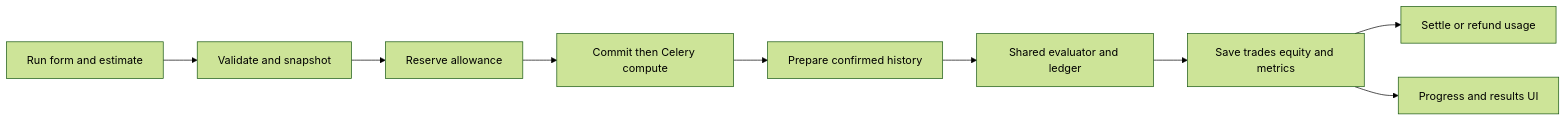
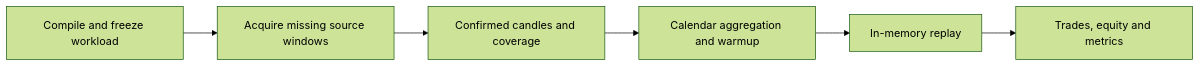
The diagram in docs/backtesting.md (ayushkaneriya05/quantnest-platform), drawn with Mermaid (forest theme) before and after one commit. The commit also changed other lines of this file and 389 other files, not shown here.

````diff
--- a/docs/backtesting.md
+++ b/docs/backtesting.md
@@ -97,11 +128,8 @@
 ```mermaid
 flowchart LR
-  UI[Run form and estimate] --> API[Validate and snapshot]
-  API --> Usage[Reserve allowance]
-  Usage --> Queue[Commit then Celery compute]
-  Queue --> Data[Prepare confirmed history]
-  Data --> Replay[Shared evaluator and ledger]
-  Replay --> Save[Save trades equity and metrics]
-  Save --> Complete[Settle or refund usage]
-  Save --> View[Progress and results UI]
+    Estimate[Compile and freeze workload] --> Acquire[Acquire missing source windows]
+    Acquire --> Store[Confirmed candles and coverage]
+    Store --> Frames[Calendar aggregation and warmup]
+    Frames --> Replay[In-memory replay]
+    Replay --> Save[Trades, equity and metrics]
 ```
````
